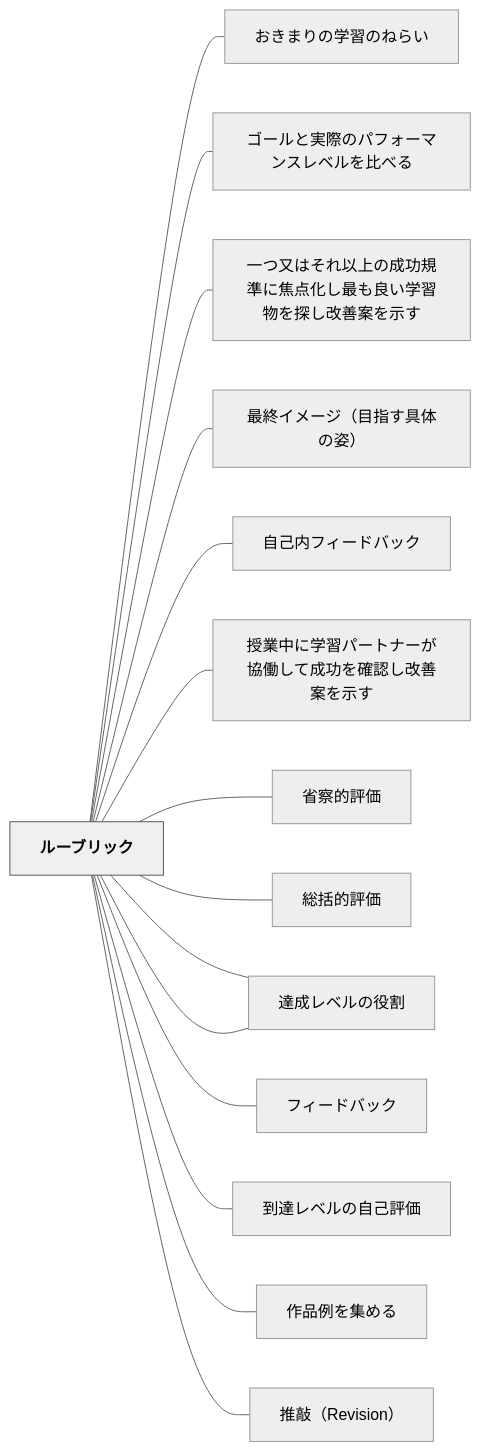
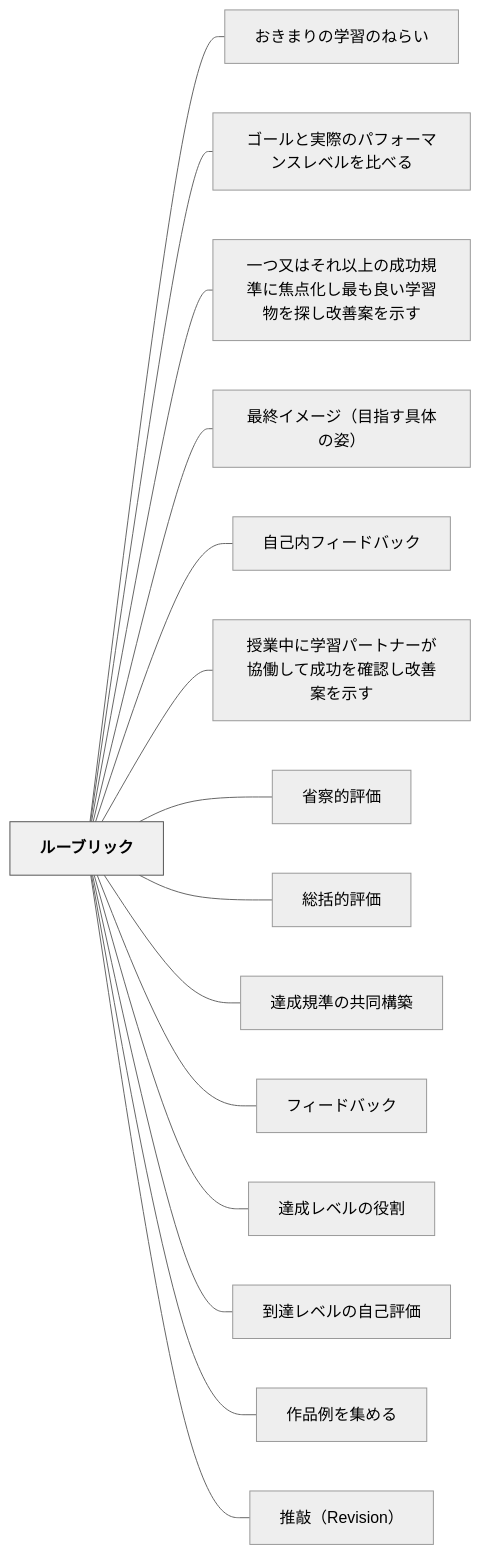
One commit to unknownthings-ed-patterns/unknownthings-ed-patterns changed the diagram in content/パタン/ルーブリック.md. Above: the diagram before and after it, drawn with Mermaid (neutral theme). The commit also changed 527 other files, not shown here.

````diff
--- a/content/パタン/ルーブリック.md
+++ b/content/パタン/ルーブリック.md
@@ -119,36 +119,36 @@
 ```mermaid
 flowchart LR
-    ne383abe383bc["ルーブリック"]
-    ne3818ae3818d["おきまりの学習のねらい"]
-    ne382b4e383bc["ゴールと実際のパフォーマンスレベルを比べる"]
-    ne4b880e381a4["一つ又はそれ以上の成功規準に焦点化し最も良い学習物を探し改善案を示す"]
-    ne69c80e7b582["最終イメージ（目指す具体の姿）"]
-    ne887aae5b7b1["自己内フィードバック"]
-    ne68e88e6a5ad["授業中に学習パートナーが協働して成功を確認し改善案を示す"]
-    ne79c81e5af9f["省察的評価"]
-    ne7b78fe68bac["総括的評価"]
-    ne98194e68890["達成規準の共同構築"]
-    ne38395e382a3["フィードバック"]
-    ne98194e68890["達成レベルの役割"]
-    ne588b0e98194["到達レベルの自己評価"]
-    ne4bd9ce59381["作品例を集める"]
-    ne68ea8e695b2["推敲（Revision）"]
+    ne383abe383bce38396e383aae38383e382af["ルーブリック"]
+    ne3818ae3818de381bee3828ae381aee5ada6e7bf92e381aee381ade38289e38184["おきまりの学習のねらい"]
+    ne382b4e383bce383abe381a8e5ae9fe99a9be381aee38391e38395e382a9e383bce3839ee383b3e382b9e383ace38399e383abe38292e6af94e381b9e3828b["ゴールと実際のパフォーマンスレベルを比べる"]
+    ne4b880e381a4e58f88e381afe3819de3828ce4bba5e4b88ae381aee68890e58a9fe8a68fe6ba96e381abe784a6e782b9e58c96e38197e69c80e38282e889afe38184e5ada6e7bf92e789a9e38292e68ea2e38197e694b9e59684e6a188e38292e7a4bae38199["一つ又はそれ以上の成功規準に焦点化し最も良い学習物を探し改善案を示す"]
+    ne69c80e7b582e382a4e383a1e383bce382b8efbc88e79baee68c87e38199e585b7e4bd93e381aee5a7bfefbc89["最終イメージ（目指す具体の姿）"]
+    ne887aae5b7b1e58685e38395e382a3e383bce38389e38390e38383e382af["自己内フィードバック"]
+    ne68e88e6a5ade4b8ade381abe5ada6e7bf92e38391e383bce38388e3838ae383bce3818ce58d94e5838de38197e381a6e68890e58a9fe38292e7a2bae8aa8de38197e694b9e59684e6a188e38292e7a4bae38199["授業中に学習パートナーが協働して成功を確認し改善案を示す"]
+    ne79c81e5af9fe79a84e8a995e4bea1["省察的評価"]
+    ne7b78fe68bace79a84e8a995e4bea1["総括的評価"]
+    ne98194e68890e8a68fe6ba96e381aee585b1e5908ce6a78be7af89["達成規準の共同構築"]
+    ne38395e382a3e383bce38389e38390e38383e382af["フィードバック"]
+    ne98194e68890e383ace38399e383abe381aee5bdb9e589b2["達成レベルの役割"]
+    ne588b0e98194e383ace38399e383abe381aee887aae5b7b1e8a995e4bea1["到達レベルの自己評価"]
+    ne4bd9ce59381e4be8be38292e99b86e38281e3828b["作品例を集める"]
+    ne68ea8e695b2efbc885265766973696f6eefbc89["推敲（Revision）"]
 
-    ne383abe383bc --- ne3818ae3818d
-    ne383abe383bc --- ne382b4e383bc
-    ne383abe383bc --- ne4b880e381a4
-    ne383abe383bc --- ne69c80e7b582
-    ne383abe383bc --- ne887aae5b7b1
-    ne383abe383bc --- ne68e88e6a5ad
-    ne383abe383bc --- ne79c81e5af9f
-    ne383abe383bc --- ne7b78fe68bac
-    ne383abe383bc --- ne98194e68890
-    ne383abe383bc --- ne38395e382a3
-    ne383abe383bc --- ne98194e68890
-    ne383abe383bc --- ne588b0e98194
-    ne383abe383bc --- ne4bd9ce59381
-    ne383abe383bc --- ne68ea8e695b2
+    ne383abe383bce38396e383aae38383e382af --- ne3818ae3818de381bee3828ae381aee5ada6e7bf92e381aee381ade38289e38184
+    ne383abe383bce38396e383aae38383e382af --- ne382b4e383bce383abe381a8e5ae9fe99a9be381aee38391e38395e382a9e383bce3839ee383b3e382b9e383ace38399e383abe38292e6af94e381b9e3828b
+    ne383abe383bce38396e383aae38383e382af --- ne4b880e381a4e58f88e381afe3819de3828ce4bba5e4b88ae381aee68890e58a9fe8a68fe6ba96e381abe784a6e782b9e58c96e38197e69c80e38282e889afe38184e5ada6e7bf92e789a9e38292e68ea2e38197e694b9e59684e6a188e38292e7a4bae38199
+    ne383abe383bce38396e383aae38383e382af --- ne69c80e7b582e382a4e383a1e383bce382b8efbc88e79baee68c87e38199e585b7e4bd93e381aee5a7bfefbc89
+    ne383abe383bce38396e383aae38383e382af --- ne887aae5b7b1e58685e38395e382a3e383bce38389e38390e38383e382af
+    ne383abe383bce38396e383aae38383e382af --- ne68e88e6a5ade4b8ade381abe5ada6e7bf92e38391e383bce38388e3838ae383bce3818ce58d94e5838de38197e381a6e68890e58a9fe38292e7a2bae8aa8de38197e694b9e59684e6a188e38292e7a4bae38199
+    ne383abe383bce38396e383aae38383e382af --- ne79c81e5af9fe79a84e8a995e4bea1
+    ne383abe383bce38396e383aae38383e382af --- ne7b78fe68bace79a84e8a995e4bea1
+    ne383abe383bce38396e383aae38383e382af --- ne98194e68890e8a68fe6ba96e381aee585b1e5908ce6a78be7af89
+    ne383abe383bce38396e383aae38383e382af --- ne38395e382a3e383bce38389e38390e38383e382af
+    ne383abe383bce38396e383aae38383e382af --- ne98194e68890e383ace38399e383abe381aee5bdb9e589b2
+    ne383abe383bce38396e383aae38383e382af --- ne588b0e98194e383ace38399e383abe381aee887aae5b7b1e8a995e4bea1
+    ne383abe383bce38396e383aae38383e382af --- ne4bd9ce59381e4be8be38292e99b86e38281e3828b
+    ne383abe383bce38396e383aae38383e382af --- ne68ea8e695b2efbc885265766973696f6eefbc89
 
     classDef hub fill:#f0f0f0,stroke:#555,color:#000,font-weight:bold
-    class ne383abe383bc hub
+    class ne383abe383bce38396e383aae38383e382af hub
 ```
````
